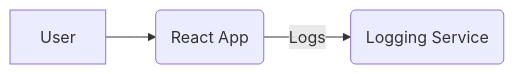
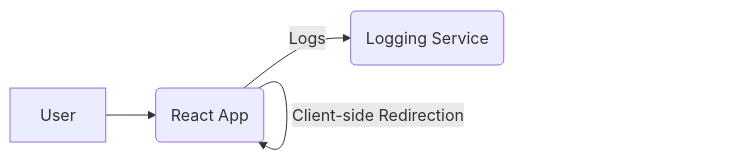
Before and after one commit to MalaiarasuGRaj/2217010: the diagram in SYSTEM_DESIGN.md, drawn with Mermaid. The commit also changed other lines of this file and 4 other files, not shown here.

````diff
--- a/SYSTEM_DESIGN.md
+++ b/SYSTEM_DESIGN.md
@@ -13,5 +13,6 @@
 ```mermaid
 graph LR
     User --> Frontend(React App)
+    Frontend -- Client-side Redirection --> Frontend
     Frontend -- Logs --> LoggingService(Logging Service)
 ```
````
